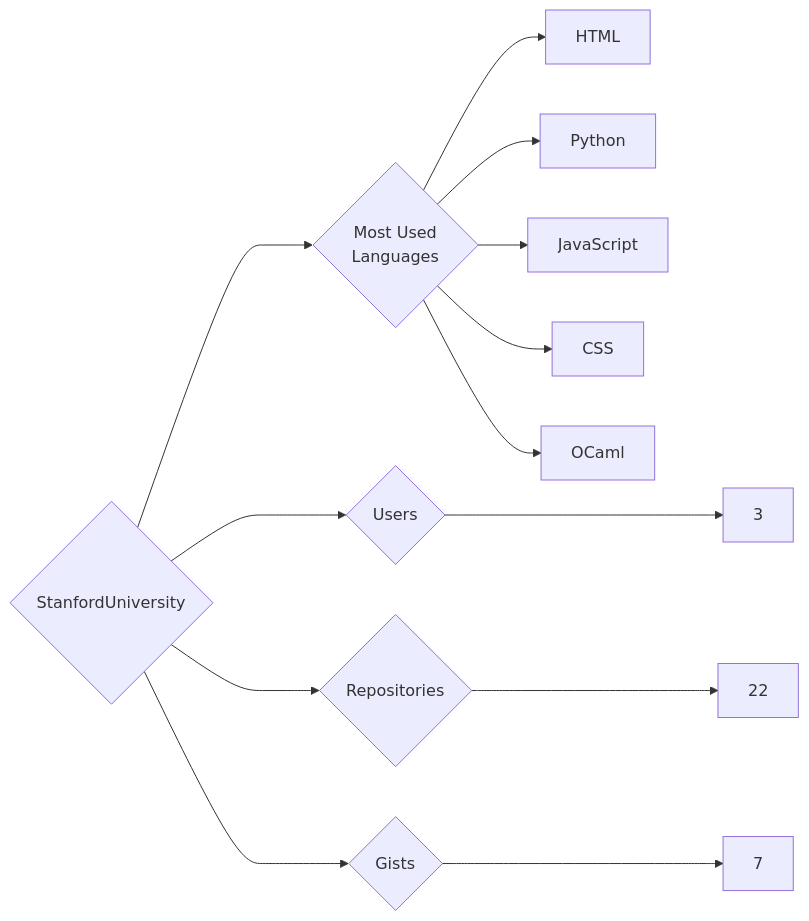
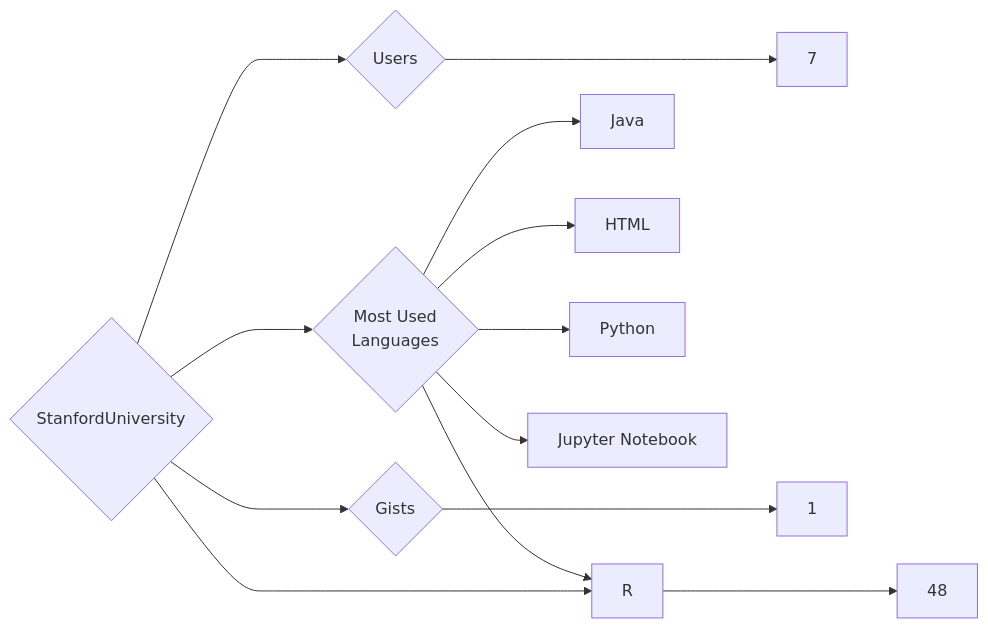
The diagram in targets/StanfordUniversity/README.md (trickest/insiders), drawn with Mermaid before and after one commit. The commit also changed 1508 other files, not shown here.

````diff
--- a/targets/StanfordUniversity/README.md
+++ b/targets/StanfordUniversity/README.md
@@ -3,13 +3,13 @@
 ```mermaid
 graph LR
 COMPANY_NAME{StanfordUniversity}
-COMPANY_NAME ---> U{Users} ---> UN[3]
-COMPANY_NAME ---> R{Repositories} ---> RN[22]
-COMPANY_NAME ---> G{Gists} ---> GN[7]
+COMPANY_NAME ---> U{Users} ---> UN[7]
+COMPANY_NAME ---> R{Repositories} ---> RN[48]
+COMPANY_NAME ---> G{Gists} ---> GN[1]
 COMPANY_NAME ---> ML{Most Used<br>Languages}
+ML --> Java[Java]
 ML --> HTML[HTML]
 ML --> Python[Python]
-ML --> JavaScript[JavaScript]
-ML --> CSS[CSS]
-ML --> OCaml[OCaml]
+ML --> R[R]
+ML --> Jupyter_Notebook[Jupyter Notebook]
 ```
````
